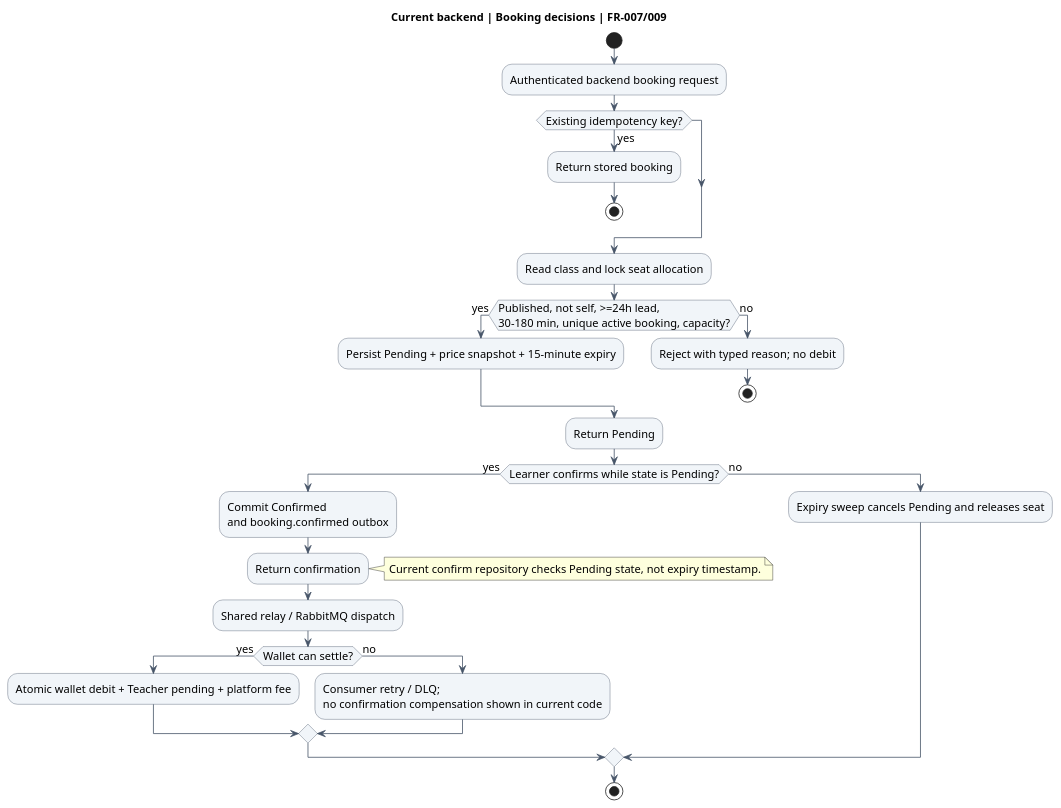
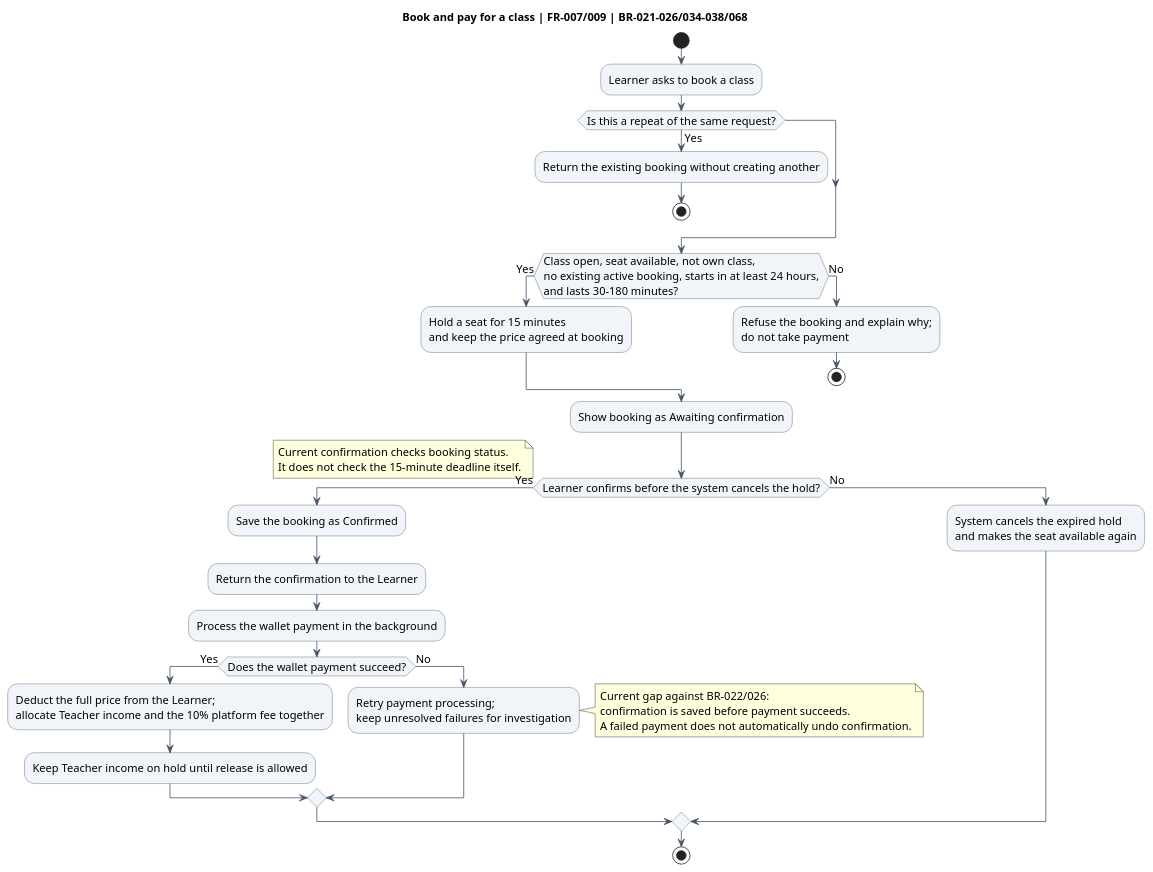
Before and after one commit to trankien022/SkillSwap: the diagram in docs/diagrams/checkpoint/source/activity-booking.puml, drawn with PlantUML. The commit also changed 62 other files, not shown here.

First line of the commit message:
docs(diagrams): refresh diagrams against current code (#77)

```diff
--- a/docs/diagrams/checkpoint/source/activity-booking.puml
+++ b/docs/diagrams/checkpoint/source/activity-booking.puml
@@ -1,42 +1,50 @@
 @startuml
-title Current backend | Booking decisions | FR-007/009
+title Book and pay for a class | FR-007/009 | BR-021–026/034–038/068
 skinparam backgroundColor #FFFFFF
 skinparam shadowing false
 skinparam defaultFontName Arial
 skinparam defaultFontSize 14
 skinparam ArrowColor #475569
+skinparam activityBackgroundColor #F1F5F9
+skinparam activityBorderColor #475569
 skinparam sequenceParticipantBackgroundColor #F1F5F9
 skinparam sequenceParticipantBorderColor #475569
-skinparam activityBackgroundColor #F1F5F9
-skinparam activityBorderColor #475569
 skinparam stateBackgroundColor #F1F5F9
 skinparam stateBorderColor #475569
 start
-:Authenticated backend booking request;
-if (Existing idempotency key?) then (yes)
- :Return stored booking;
+:Learner asks to book a class;
+if (Is this a repeat of the same request?) then (Yes)
+ :Return the existing booking without creating another;
  stop
 endif
-:Read class and lock seat allocation;
-if (Published, not self, >=24h lead,\n30-180 min, unique active booking, capacity?) then (yes)
- :Persist Pending + price snapshot + 15-minute expiry;
-else (no)
- :Reject with typed reason; no debit;
+if (Class open, seat available, not own class,\nno existing active booking, starts in at least 24 hours,\nand lasts 30–180 minutes?) then (Yes)
+ :Hold a seat for 15 minutes\nand keep the price agreed at booking;
+else (No)
+ :Refuse the booking and explain why;\ndo not take payment;
  stop
 endif
-:Return Pending;
-if (Learner confirms while state is Pending?) then (yes)
- :Commit Confirmed\nand booking.confirmed outbox;
- :Return confirmation;
-note right: Current confirm repository checks Pending state, not expiry timestamp.
- :Shared relay / RabbitMQ dispatch;
- if (Wallet can settle?) then (yes)
-  :Atomic wallet debit + Teacher pending + platform fee;
- else (no)
-  :Consumer retry / DLQ;\nno confirmation compensation shown in current code;
+:Show booking as Awaiting confirmation;
+if (Learner confirms before the system cancels the hold?) then (Yes)
+ :Save the booking as Confirmed;
+ :Return the confirmation to the Learner;
+ :Process the wallet payment in the background;
+ if (Does the wallet payment succeed?) then (Yes)
+  :Deduct the full price from the Learner;\nallocate Teacher income and the 10% platform fee together;
+  :Keep Teacher income on hold until release is allowed;
+ else (No)
+  :Retry payment processing;\nkeep unresolved failures for investigation;
+  note right
+   Current gap against BR-022/026:
+   confirmation is saved before payment succeeds.
+   A failed payment does not automatically undo confirmation.
+  end note
  endif
-else (no)
- :Expiry sweep cancels Pending and releases seat;
+else (No)
+ :System cancels the expired hold\nand makes the seat available again;
 endif
+note left
+ Current confirmation checks booking status.
+ It does not check the 15-minute deadline itself.
+end note
 stop
 @enduml
```
